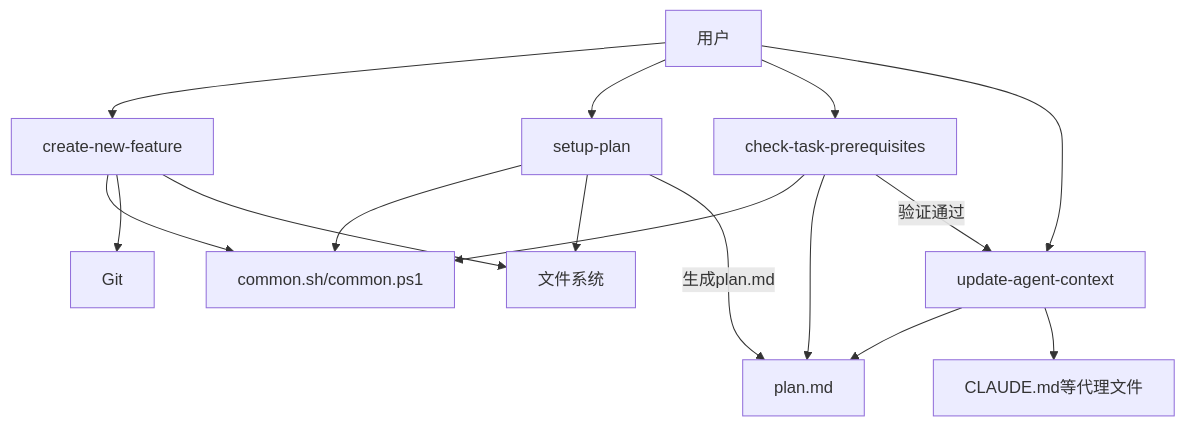
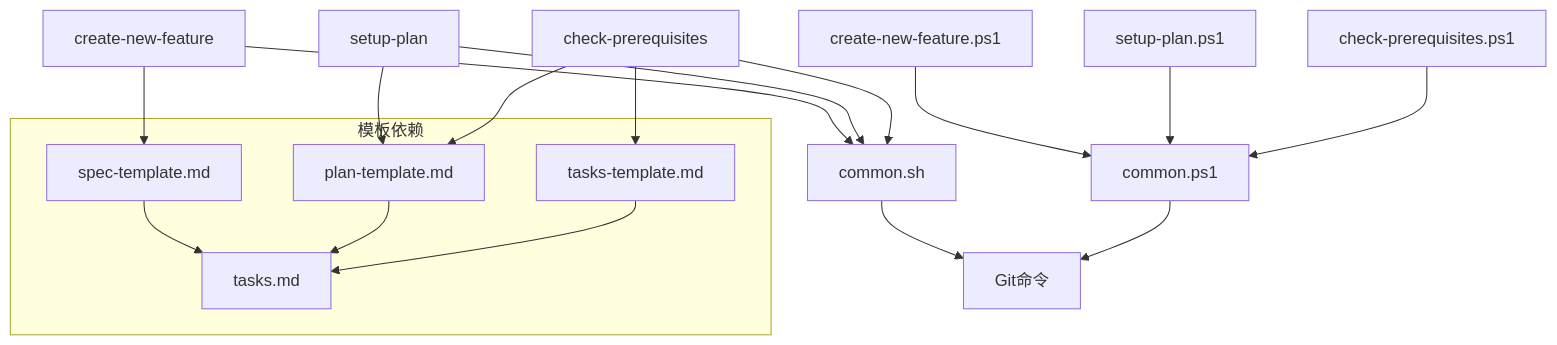
Before and after one commit to afanty2021/spec-kit: the sixth of 6 diagrams in .qoder/repowiki/zh/content/脚本系统/脚本系统.md, drawn with Mermaid. The commit also changed other lines of this file and 51 other files, not shown here.

````diff
--- a/.qoder/repowiki/zh/content/脚本系统/脚本系统.md
+++ b/.qoder/repowiki/zh/content/脚本系统/脚本系统.md
@@ -89,18 +234,20 @@
 ```mermaid
-flowchart TD
-A[用户] --> B[create-new-feature]
-B --> C[common.sh/common.ps1]
-B --> D[Git]
-B --> E[文件系统]
-A --> F[setup-plan]
-F --> C
-F --> E
-A --> G[check-task-prerequisites]
-G --> C
-G --> H[plan.md]
-A --> I[update-agent-context]
-I --> H
-I --> J[CLAUDE.md等代理文件]
-G --> |"验证通过"| I
-F --> |"生成plan.md"| H
+graph TD
+CreateFeature[create-new-feature] --> Common[common.sh]
+SetupPlan[setup-plan] --> Common
+CheckPrereq[check-prerequisites] --> Common
+CreateFeaturePS[create-new-feature.ps1] --> CommonPS[common.ps1]
+SetupPlanPS[setup-plan.ps1] --> CommonPS
+CheckPrereqPS[check-prerequisites.ps1] --> CommonPS
+Common --> Git[Git命令]
+CommonPS --> Git
+CreateFeature --> SpecTemplate[spec-template.md]
+SetupPlan --> PlanTemplate[plan-template.md]
+CheckPrereq --> PlanTemplate
+CheckPrereq --> TasksTemplate[tasks-template.md]
+subgraph "模板依赖"
+SpecTemplate --> Commands[specify.md]
+PlanTemplate --> Commands[plan.md]
+TasksTemplate --> Commands[tasks.md]
+end
 ```
````
